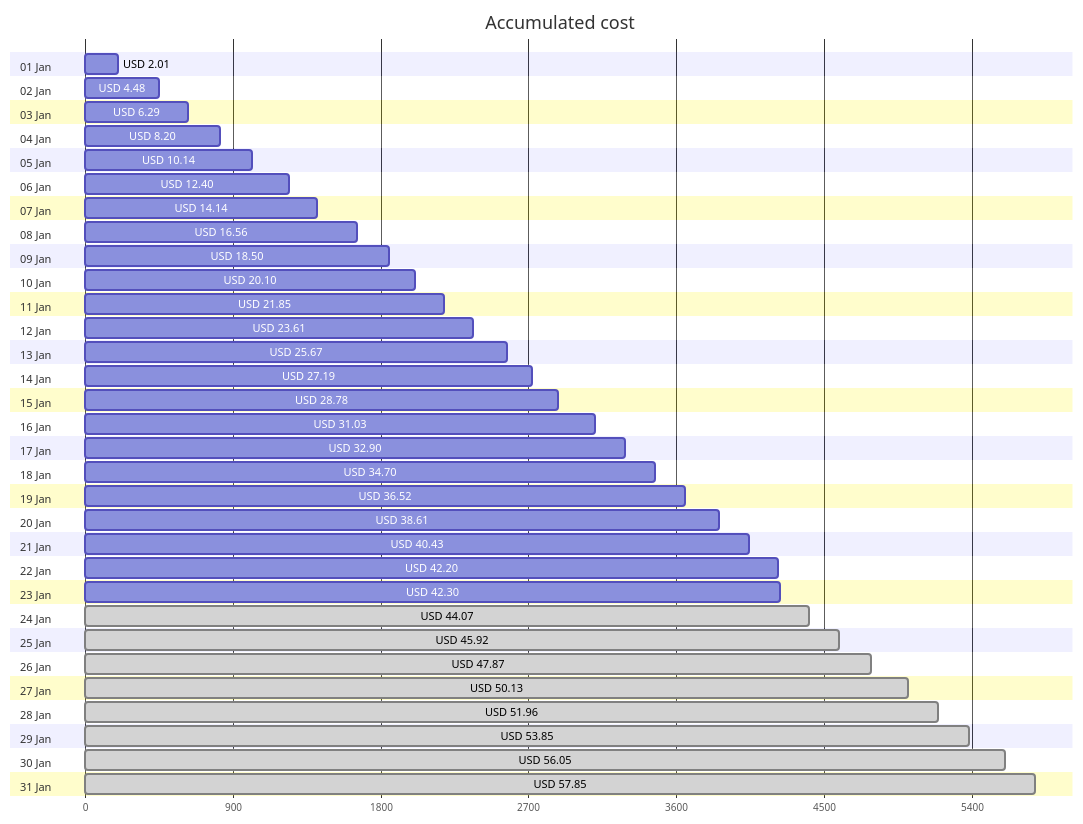
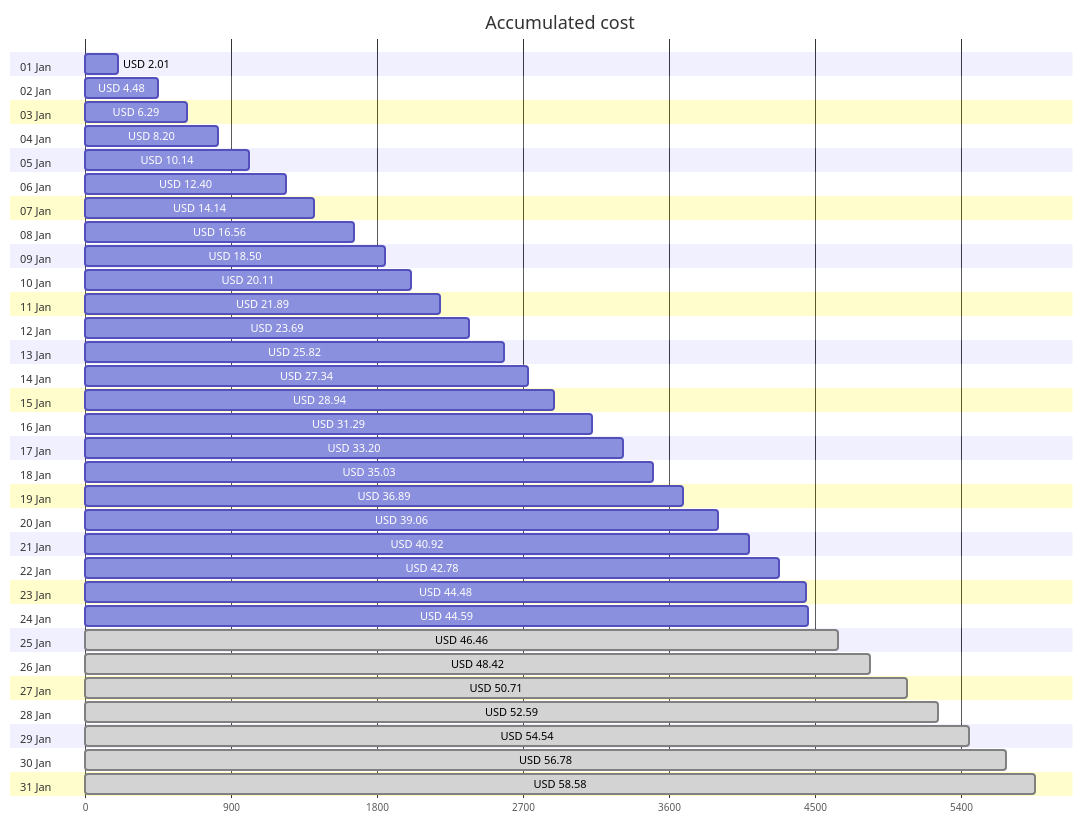
Before and after one commit to jpfulton/azure-personal-reports: the first of 4 diagrams in cost-reports/personal-network/README.md, drawn with Mermaid. The commit also changed other lines of this file and 8 other files, not shown here.

````diff
--- a/cost-reports/personal-network/README.md
+++ b/cost-reports/personal-network/README.md
@@ -20,68 +20,68 @@
 ```mermaid
 gantt
    title Accumulated cost
    dateFormat  X
    axisFormat %s
    section 01 Jan
    USD 2.01 :0, 201
    section 02 Jan
    USD 4.48 :0, 448
    section 03 Jan
    USD 6.29 :0, 629
    section 04 Jan
    USD 8.20 :0, 820
    section 05 Jan
    USD 10.14 :0, 1014
    section 06 Jan
    USD 12.40 :0, 1240
    section 07 Jan
    USD 14.14 :0, 1414
    section 08 Jan
    USD 16.56 :0, 1656
    section 09 Jan
    USD 18.50 :0, 1850
    section 10 Jan
-   USD 20.10 :0, 2010
+   USD 20.11 :0, 2011
    section 11 Jan
-   USD 21.85 :0, 2185
+   USD 21.89 :0, 2189
    section 12 Jan
-   USD 23.61 :0, 2361
+   USD 23.69 :0, 2369
    section 13 Jan
-   USD 25.67 :0, 2567
+   USD 25.82 :0, 2582
    section 14 Jan
-   USD 27.19 :0, 2719
+   USD 27.34 :0, 2734
    section 15 Jan
-   USD 28.78 :0, 2878
+   USD 28.94 :0, 2894
    section 16 Jan
-   USD 31.03 :0, 3103
+   USD 31.29 :0, 3129
    section 17 Jan
-   USD 32.90 :0, 3290
+   USD 33.20 :0, 3320
    section 18 Jan
-   USD 34.70 :0, 3470
+   USD 35.03 :0, 3503
    section 19 Jan
-   USD 36.52 :0, 3652
+   USD 36.89 :0, 3689
    section 20 Jan
-   USD 38.61 :0, 3861
+   USD 39.06 :0, 3906
    section 21 Jan
-   USD 40.43 :0, 4043
+   USD 40.92 :0, 4092
    section 22 Jan
-   USD 42.20 :0, 4220
+   USD 42.78 :0, 4278
    section 23 Jan
-   USD 42.30 :0, 4230
+   USD 44.48 :0, 4448
    section 24 Jan
-   USD 44.07 : done, 0, 4407
+   USD 44.59 :0, 4459
    section 25 Jan
-   USD 45.92 : done, 0, 4592
+   USD 46.46 : done, 0, 4646
    section 26 Jan
-   USD 47.87 : done, 0, 4787
+   USD 48.42 : done, 0, 4842
    section 27 Jan
-   USD 50.13 : done, 0, 5013
+   USD 50.71 : done, 0, 5071
    section 28 Jan
-   USD 51.96 : done, 0, 5196
+   USD 52.59 : done, 0, 5259
    section 29 Jan
-   USD 53.85 : done, 0, 5385
+   USD 54.54 : done, 0, 5454
    section 30 Jan
-   USD 56.05 : done, 0, 5605
+   USD 56.78 : done, 0, 5678
    section 31 Jan
-   USD 57.85 : done, 0, 5785
+   USD 58.58 : done, 0, 5858
 ```
````
